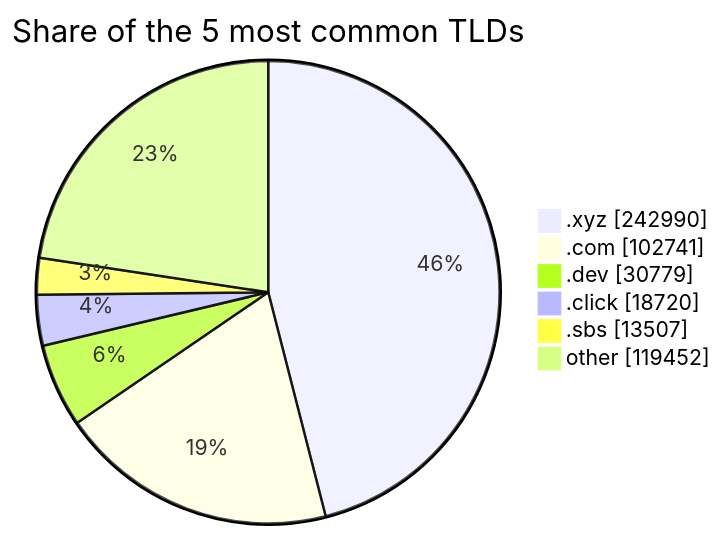
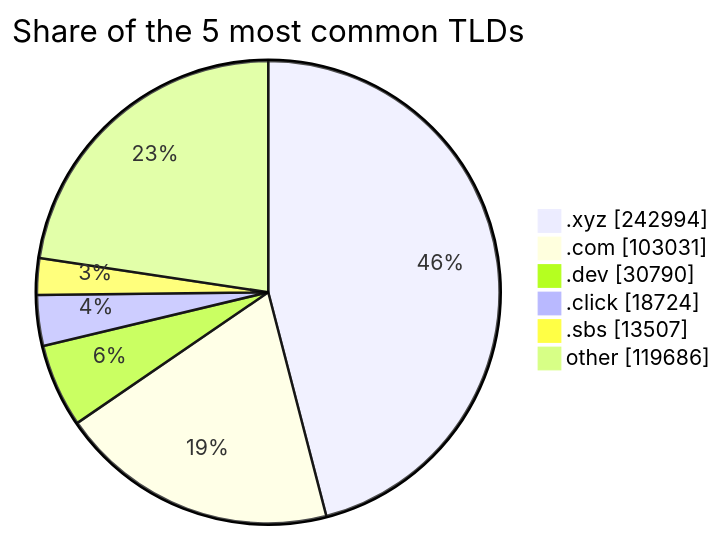
One commit to DNSBunker/CTI changed the third of 3 diagrams in README.md. Above: the diagram before and after it, drawn with Mermaid. The commit also changed other lines of this file and 3 other files, not shown here.

````diff
--- a/README.md
+++ b/README.md
@@ -81,9 +81,9 @@
 ```mermaid
 pie showData title Share of the 5 most common TLDs
-    ".xyz" : 242990
-    ".com" : 102741
-    ".dev" : 30779
-    ".click" : 18720
+    ".xyz" : 242994
+    ".com" : 103031
+    ".dev" : 30790
+    ".click" : 18724
     ".sbs" : 13507
-    "other" : 119452
+    "other" : 119686
 ```
````
